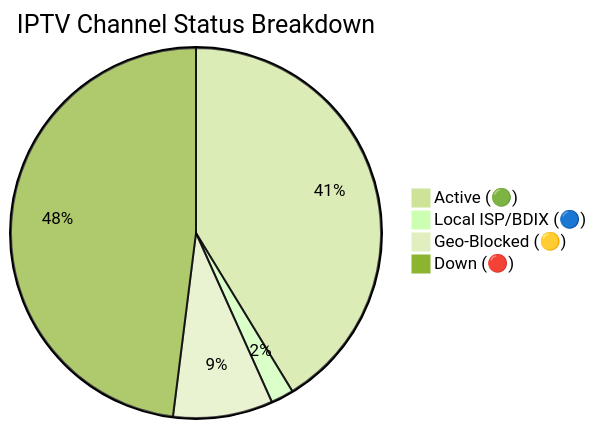
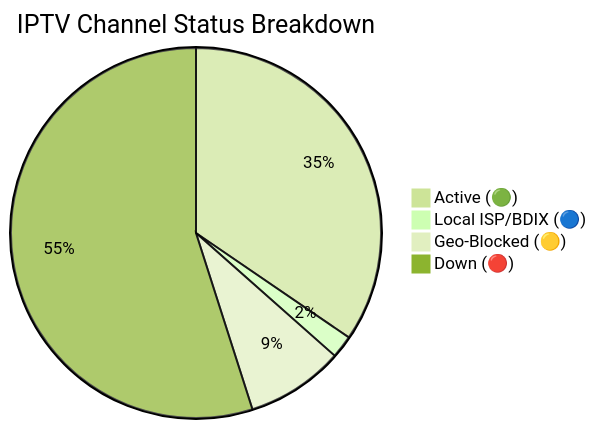
The diagram in README.md (andreataylord/Ip-tv-Collection), drawn with Mermaid (forest theme) before and after one commit. The commit also changed other lines of this file and 1 other file, not shown here.

Commit message:
docs(readme): auto-update daily channel status chart

````diff
--- a/README.md
+++ b/README.md
@@ -59,7 +59,7 @@
 ```mermaid
 pie title IPTV Channel Status Breakdown
-    "Active (🟢)" : 3216
+    "Active (🟢)" : 2690
     "Local ISP/BDIX (🔵)" : 155
-    "Geo-Blocked (🟡)" : 678
-    "Down (🔴)" : 3739
+    "Geo-Blocked (🟡)" : 665
+    "Down (🔴)" : 4278
 ```
````
